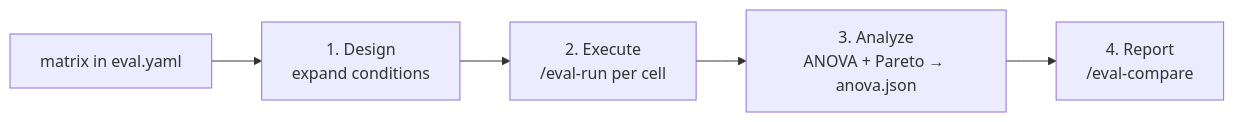
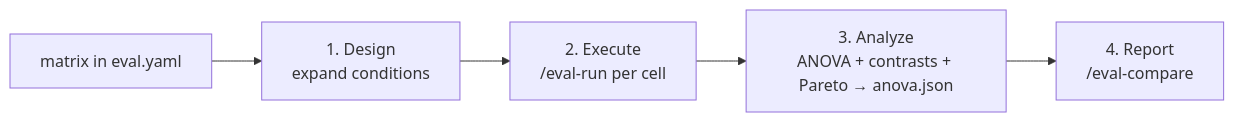
The diagram in website/guides/eval-anova.md (opendatahub-io/agent-eval-harness), drawn with Mermaid before and after one commit. The commit also changed other lines of this file and 6 other files, not shown here.

First line of the commit message:
docs(anova): document the ANOVA journey end to end — contrasts, per-judge screening, correction choice, CI gating

````diff
--- a/website/guides/eval-anova.md
+++ b/website/guides/eval-anova.md
@@ -135,7 +141,7 @@
 ```mermaid
 flowchart LR
     M[matrix in eval.yaml] --> D[1. Design<br/>expand conditions]
     D --> X[2. Execute<br/>/eval-run per cell]
-    X --> A[3. Analyze<br/>ANOVA + Pareto → anova.json]
+    X --> A[3. Analyze<br/>ANOVA + contrasts + Pareto → anova.json]
     A --> R[4. Report<br/>/eval-compare]
 ```
````
